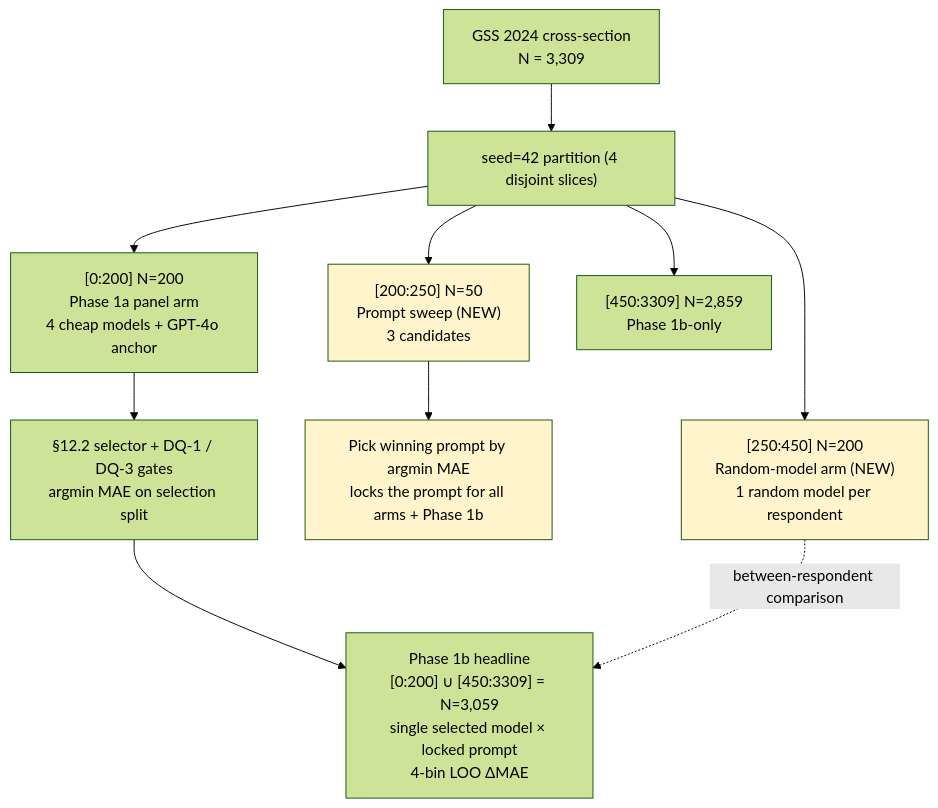
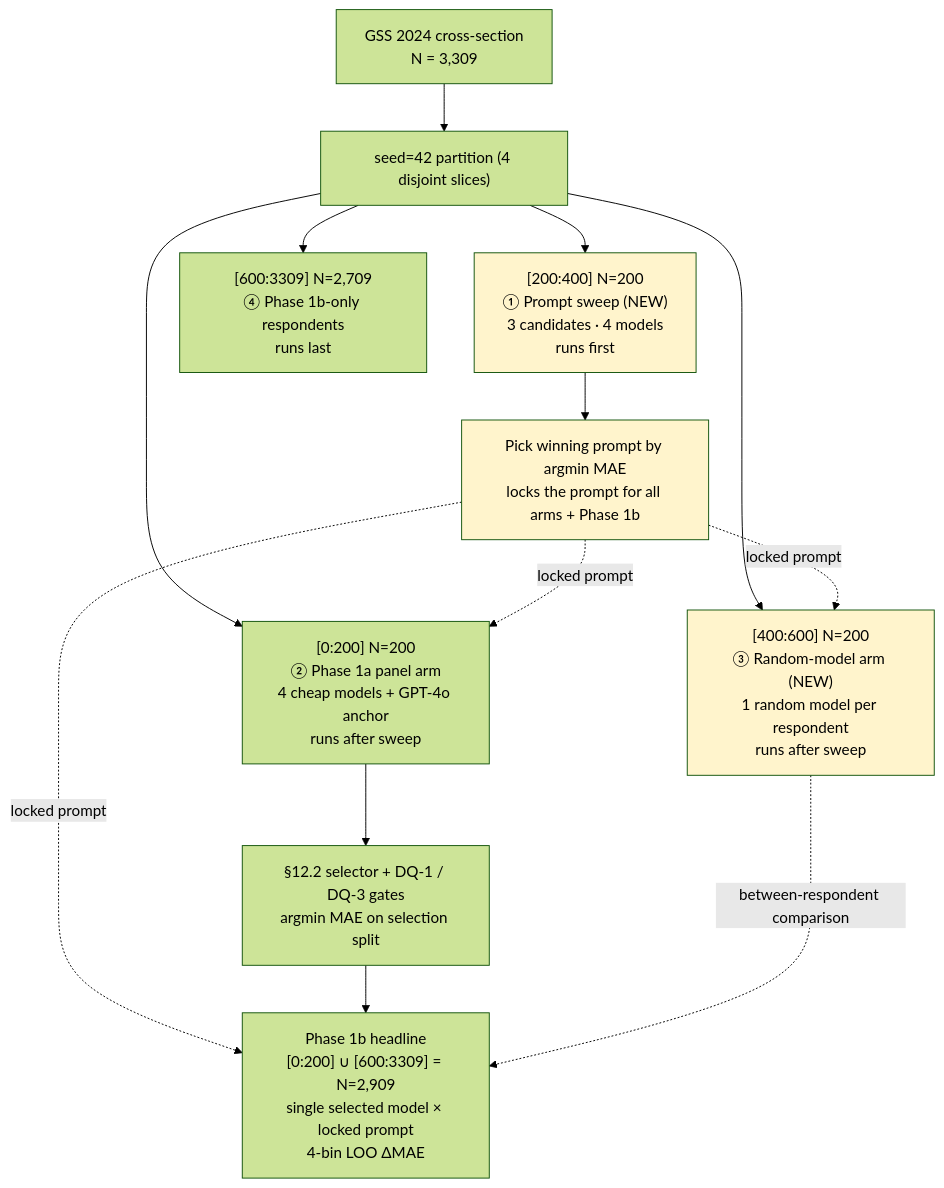
One commit to Joyceqx/gsbgen390-persona-pipeline changed the diagram in Project Brief — Phase 1A Updates 2026-05-15.md. Above: the diagram before and after it, drawn with Mermaid (forest theme). The commit also changed other lines of this file, not shown here.

````diff
--- a/Project Brief — Phase 1A Updates 2026-05-15.md
+++ b/Project Brief — Phase 1A Updates 2026-05-15.md
@@ -33,21 +33,25 @@
 ```mermaid
 flowchart TD
     A["GSS 2024 cross-section<br/>N = 3,309"]
     A --> Z["seed=42 partition (4 disjoint slices)"]
 
-    Z --> P["[0:200] N=200<br/>Phase 1a panel arm<br/>4 cheap models + GPT-4o anchor"]
-    Z --> S["[200:250] N=50<br/>Prompt sweep (NEW)<br/>3 candidates"]
-    Z --> R["[250:450] N=200<br/>Random-model arm (NEW)<br/>1 random model per respondent"]
-    Z --> H["[450:3309] N=2,859<br/>Phase 1b-only"]
+    Z --> S["[200:400] N=200<br/>① Prompt sweep (NEW)<br/>3 candidates · 4 models<br/>runs first"]
+    Z --> P["[0:200] N=200<br/>② Phase 1a panel arm<br/>4 cheap models + GPT-4o anchor<br/>runs after sweep"]
+    Z --> R["[400:600] N=200<br/>③ Random-model arm (NEW)<br/>1 random model per respondent<br/>runs after sweep"]
+    Z --> H["[600:3309] N=2,709<br/>④ Phase 1b-only respondents<br/>runs last"]
 
     S --> SP["Pick winning prompt by argmin MAE<br/>locks the prompt for all arms + Phase 1b"]
 
+    SP -.locked prompt.-> P
+    SP -.locked prompt.-> R
+    SP -.locked prompt.-> B1B
+
     P --> SEL["§12.2 selector + DQ-1 / DQ-3 gates<br/>argmin MAE on selection split"]
-    SEL --> B1B["Phase 1b headline<br/>[0:200] ∪ [450:3309] = N=3,059<br/>single selected model × locked prompt<br/>4-bin LOO ΔMAE"]
+    SEL --> B1B["Phase 1b headline<br/>[0:200] ∪ [600:3309] = N=2,909<br/>single selected model × locked prompt<br/>4-bin LOO ΔMAE"]
 
     R -.between-respondent comparison.-> B1B
 
     style S fill:#fff4cc
     style SP fill:#fff4cc
     style R fill:#fff4cc
 ```
````
